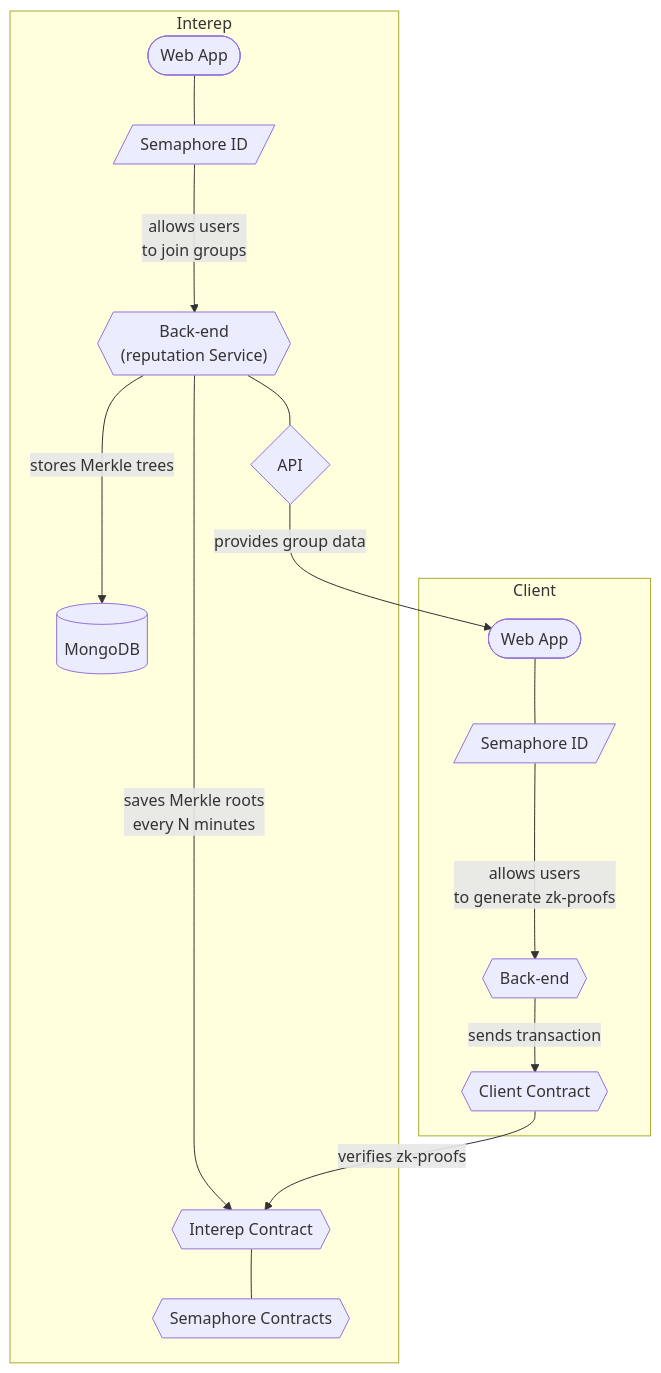
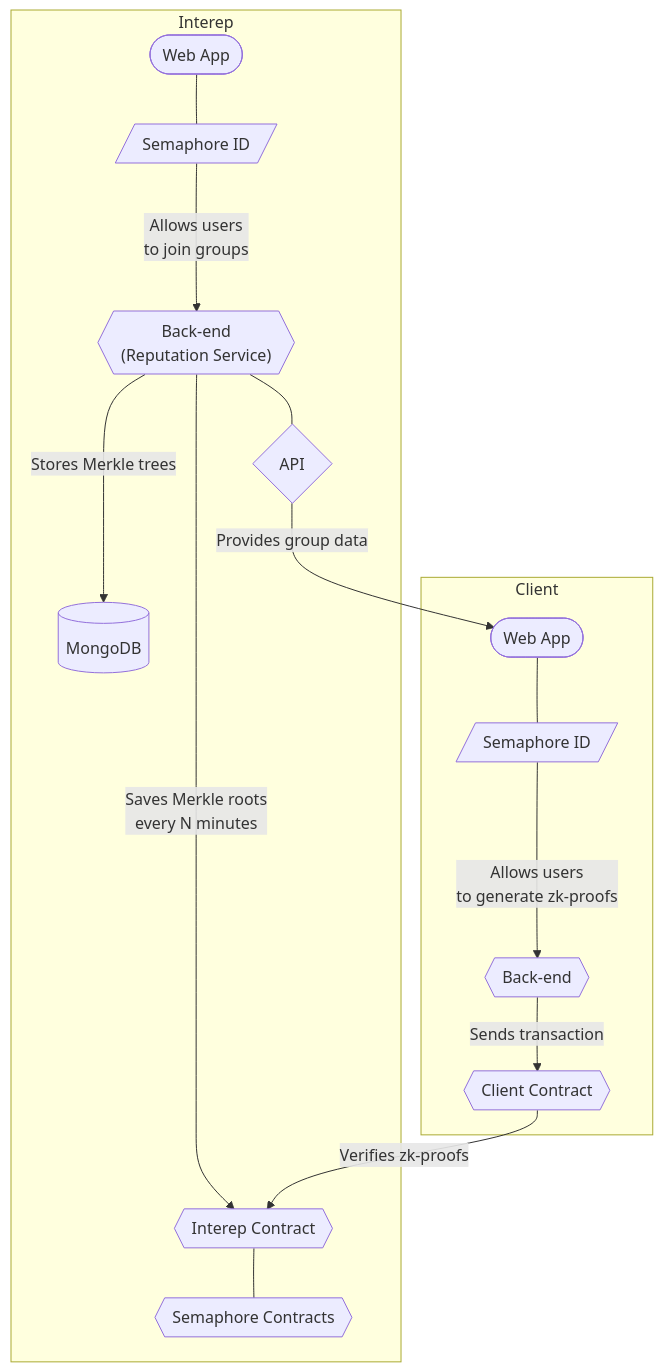
The diagram in README.md (interep-project/voting-app), drawn with Mermaid before and after one commit. The commit also changed other lines of this file, not shown here.

Commit message:
docs: update diagram labels

````diff
--- a/README.md
+++ b/README.md
@@ -48,18 +48,18 @@
 ```mermaid
 flowchart TD
     subgraph in [Interep]
     inwa([Web App]) --- insid
-    insid[/Semaphore ID/] --->|allows users \nto join groups| rs
-    rs{{"Back-end\n(reputation Service)"}} --->|stores Merkle trees| db[(MongoDB)]
-    rs -->|saves Merkle roots \nevery N minutes| ic{{Interep Contract}}
+    insid[/Semaphore ID/] --->|Allows users \nto join groups| rs
+    rs{{"Back-end\n(Reputation Service)"}} --->|Stores Merkle trees| db[(MongoDB)]
+    rs -->|Saves Merkle roots \nevery N minutes| ic{{Interep Contract}}
     ic --- isc{{Semaphore Contracts}}
     rs --- api{API}
     end
     subgraph cl [Client]
     cwa([Web App]) --- csid
-    api -->|provides group data| cwa
-    csid[/Semaphore ID/] --->|allows users \nto generate zk-proofs| cbe{{Back-end}}
-    cbe -->|sends transaction| cc{{Client Contract}}
-    cc -->|verifies zk-proofs| ic
+    api -->|Provides group data| cwa
+    csid[/Semaphore ID/] --->|Allows users \nto generate zk-proofs| cbe{{Back-end}}
+    cbe -->|Sends transaction| cc{{Client Contract}}
+    cc -->|Verifies zk-proofs| ic
     end
 ```
````
